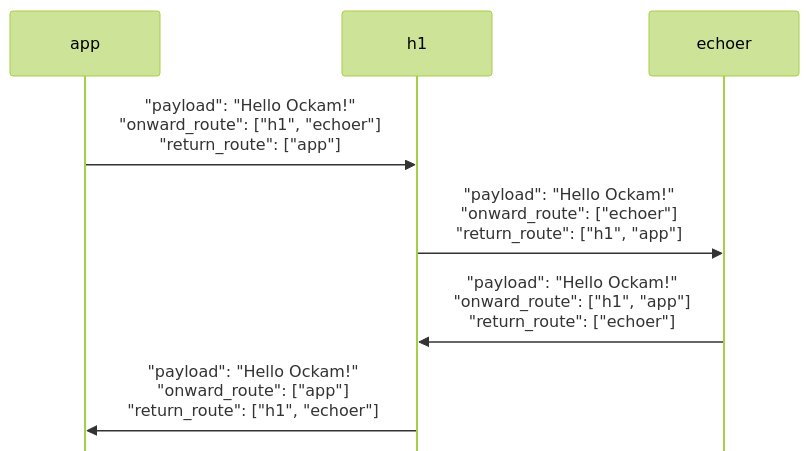
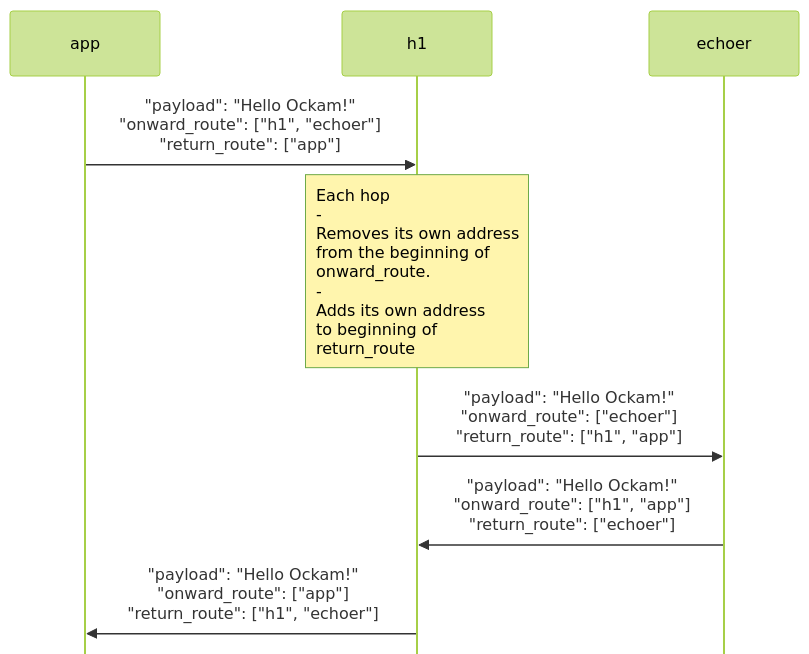
The second of 3 diagrams in libraries/rust/routing.md (build-trust/ockam-documentation), drawn with Mermaid (forest theme) before and after one commit. The commit also changed other lines of this file, not shown here.

````diff
--- a/libraries/rust/routing.md
+++ b/libraries/rust/routing.md
@@ -44,11 +46,12 @@
 ```mermaid
-%%{init: { "fontFamily": "monospace", "sequence": {"mirrorActors": false} }}%%
+%%{init: { "fontFamily": "monospace", "sequence": {"mirrorActors": false, "noteAlign": "left"} }}%%
 sequenceDiagram
     app    ->> h1:     "payload": "Hello Ockam!"<br>"onward_route": ["h1", "echoer"]<br>"return_route": ["app"]
+    Note  over h1:     Each hop<br>-<br>Removes its own address <br>from the beginning of<br>onward_route.<br>-<br>Adds its own address<br>to beginning of<br>return_route
     h1     ->> echoer: "payload": "Hello Ockam!"<br>"onward_route": ["echoer"]<br>"return_route": ["h1", "app"]
     echoer ->> h1:     "payload": "Hello Ockam!"<br>"onward_route": ["h1", "app"]<br>"return_route": ["echoer"]
     h1     ->> app:    "payload": "Hello Ockam!"<br>"onward_route": ["app"]<br>"return_route": ["h1", "echoer"]
 
 
 
 ```
````
